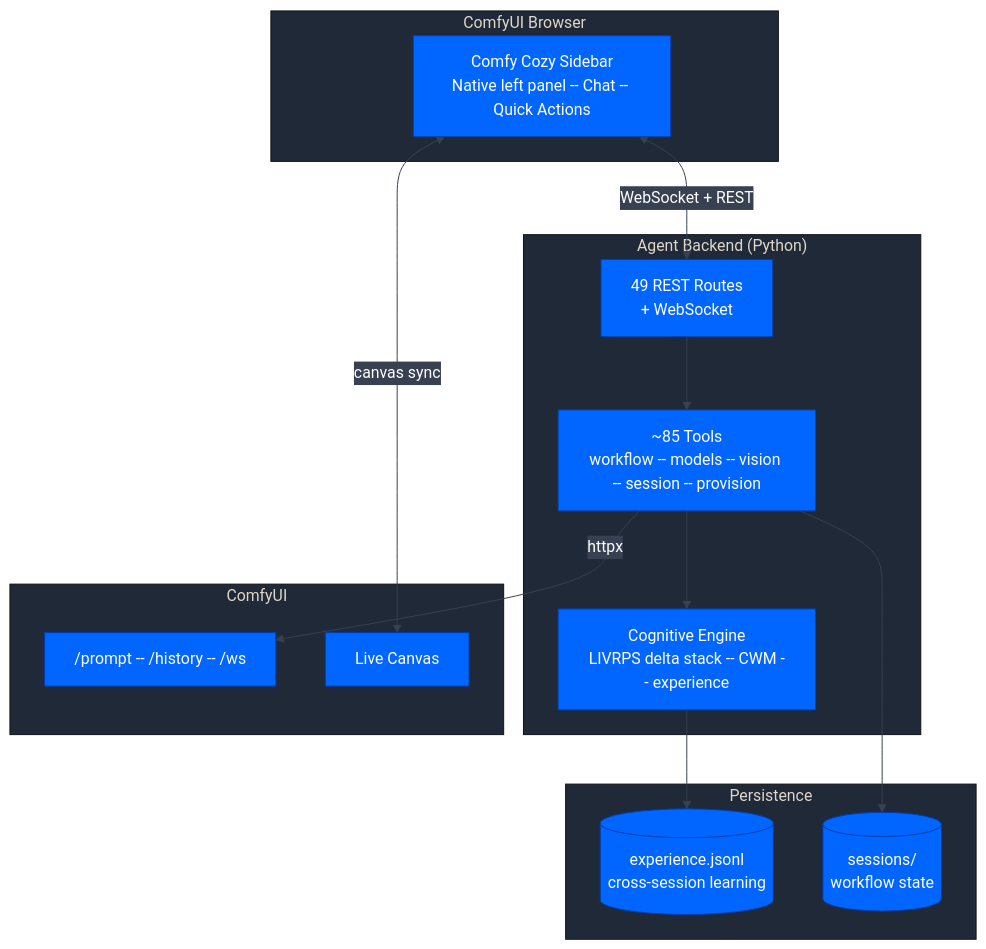
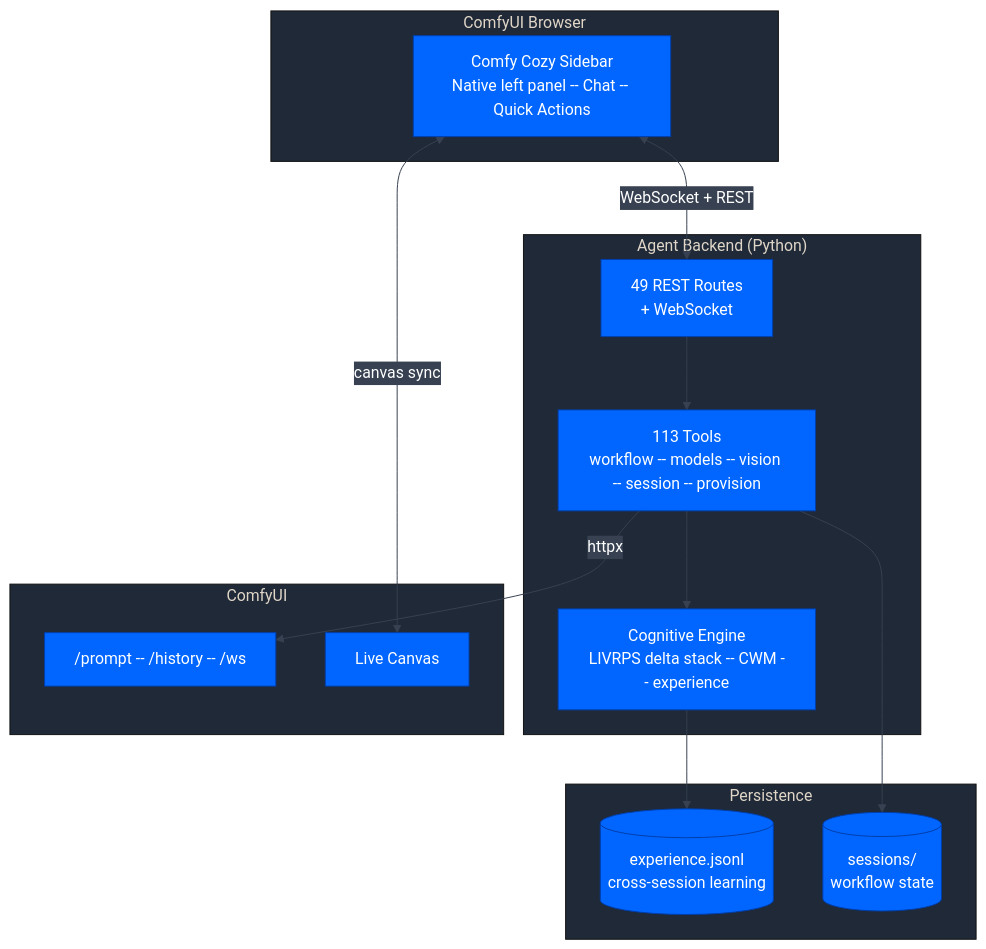
The fifth of 26 diagrams in README.md (JosephOIbrahim/comfyui-agent), drawn with Mermaid before and after one commit. The commit also changed other lines of this file and 1 other file, not shown here.

````diff
--- a/README.md
+++ b/README.md
@@ -378,28 +378,28 @@
 ```mermaid
 %%{init: {'theme':'base','themeVariables': {'primaryColor':'#0066FF','primaryTextColor':'#ffffff','primaryBorderColor':'#003eaa','lineColor':'#374151','secondaryColor':'#374151','tertiaryColor':'#1f2937','fontFamily':'monospace'}}}%%
 graph TB
     subgraph Browser ["ComfyUI Browser"]
         Sidebar["Comfy Cozy Sidebar<br/>Native left panel -- Chat -- Quick Actions"]
     end
     subgraph Backend ["Agent Backend (Python)"]
         Routes["49 REST Routes<br/>+ WebSocket"]
-        Tools["~85 Tools<br/>workflow -- models -- vision -- session -- provision"]
+        Tools["113 Tools<br/>workflow -- models -- vision -- session -- provision"]
         Cog["Cognitive Engine<br/>LIVRPS delta stack -- CWM -- experience"]
     end
     subgraph ComfyUI ["ComfyUI"]
         API["/prompt -- /history -- /ws"]
         Canvas["Live Canvas"]
     end
     subgraph Disk ["Persistence"]
         EXP[("experience.jsonl<br/>cross-session learning")]
         Sessions[("sessions/<br/>workflow state")]
     end
 
     Sidebar <-->|"WebSocket + REST"| Routes
     Sidebar <-->|"canvas sync"| Canvas
     Routes --> Tools
     Tools --> Cog
     Tools -->|httpx| API
     Cog --> EXP
     Tools --> Sessions
 ```
````
